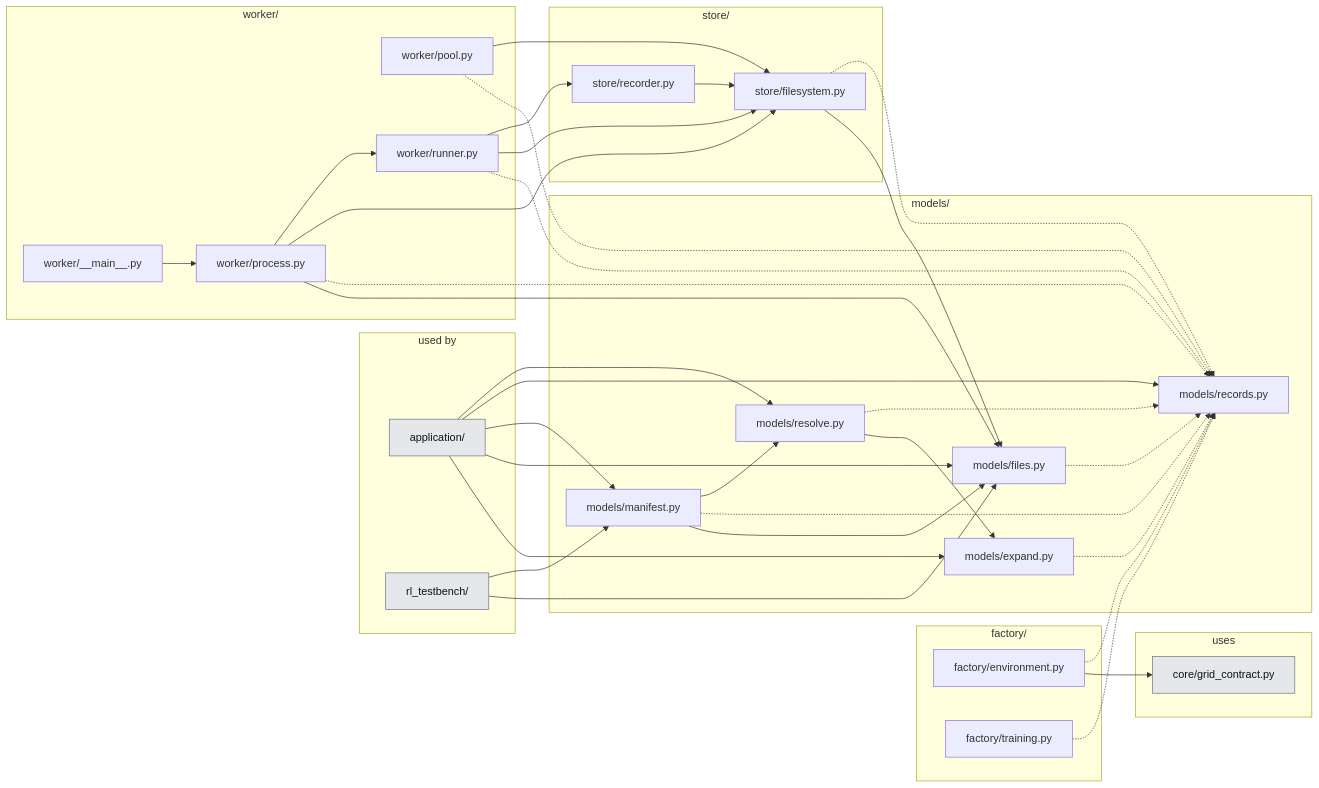
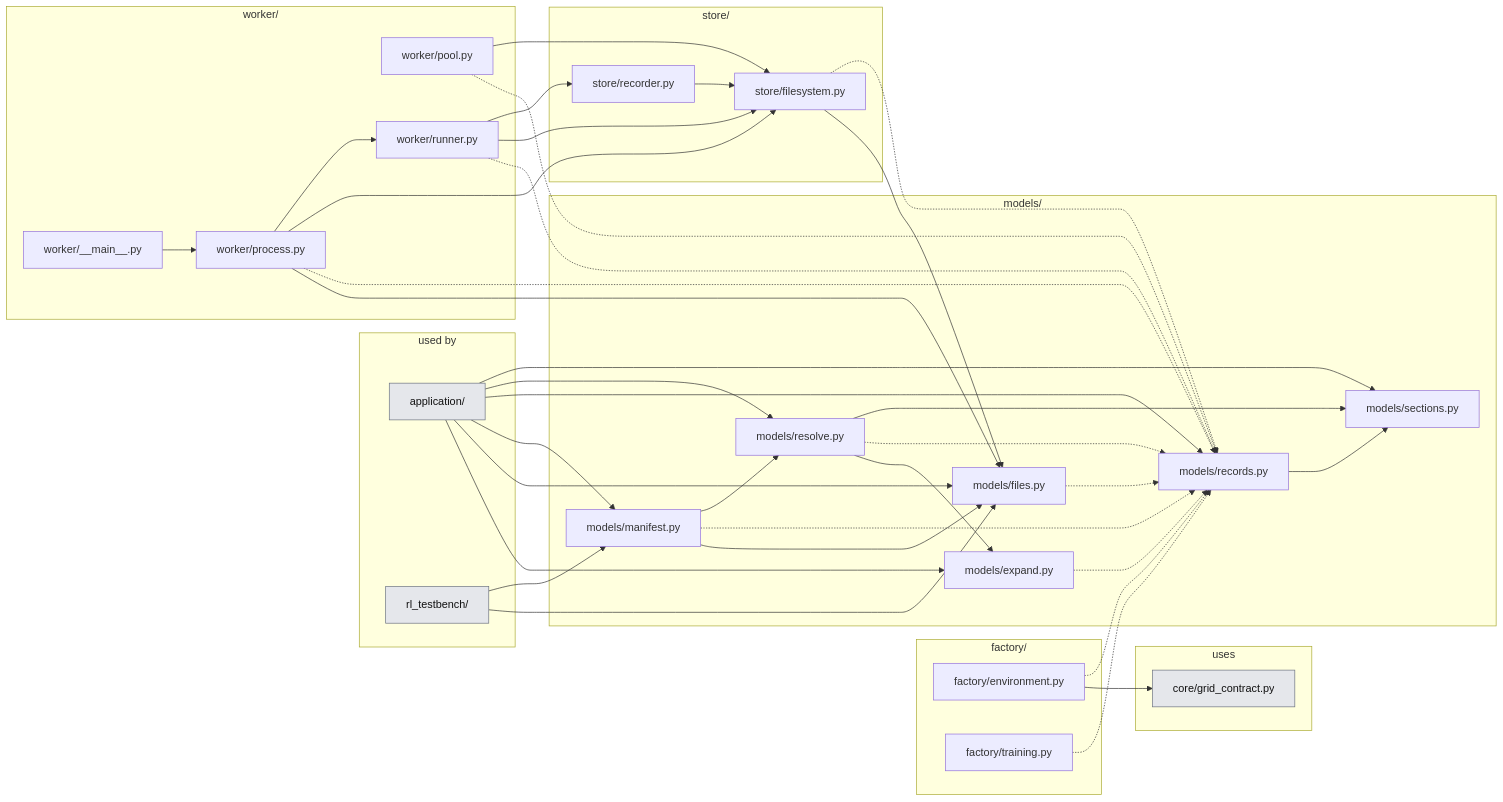
One commit to KevinRapo/P2P-thesis changed the second of 4 diagrams in docs_thesis/thesis/architecture/03-experiment-layer.md. Above: the diagram before and after it, drawn with Mermaid. The commit also changed other lines of this file and 24 other files, not shown here.

````diff
--- a/docs_thesis/thesis/architecture/03-experiment-layer.md
+++ b/docs_thesis/thesis/architecture/03-experiment-layer.md
@@ -45,62 +45,66 @@
 ```mermaid
 flowchart LR
   subgraph USERS["used by"]
     n_application__users_["application/"]:::ext
     n_rl_testbench__users_["rl_testbench/"]:::ext
   end
   subgraph g_factory["factory/"]
     n_experiments_factory_environment["factory/environment.py"]
     n_experiments_factory_training["factory/training.py"]
   end
   subgraph g_models["models/"]
     n_experiments_models_expand["models/expand.py"]
     n_experiments_models_files["models/files.py"]
     n_experiments_models_manifest["models/manifest.py"]
     n_experiments_models_records["models/records.py"]
     n_experiments_models_resolve["models/resolve.py"]
+    n_experiments_models_sections["models/sections.py"]
   end
   subgraph g_store["store/"]
     n_experiments_store_filesystem["store/filesystem.py"]
     n_experiments_store_recorder["store/recorder.py"]
   end
   subgraph g_worker["worker/"]
     n_experiments_worker___main__["worker/__main__.py"]
     n_experiments_worker_pool["worker/pool.py"]
     n_experiments_worker_process["worker/process.py"]
     n_experiments_worker_runner["worker/runner.py"]
   end
   subgraph USES["uses"]
     n_core_grid_contract["core/grid_contract.py"]:::ext
   end
   n_application__users_ --> n_experiments_models_expand
   n_application__users_ --> n_experiments_models_files
   n_application__users_ --> n_experiments_models_manifest
   n_application__users_ --> n_experiments_models_records
   n_application__users_ --> n_experiments_models_resolve
+  n_application__users_ --> n_experiments_models_sections
   n_experiments_factory_environment --> n_core_grid_contract
   n_experiments_factory_environment -.-> n_experiments_models_records
   n_experiments_factory_training -.-> n_experiments_models_records
   n_experiments_models_expand -.-> n_experiments_models_records
   n_experiments_models_files -.-> n_experiments_models_records
   n_experiments_models_manifest --> n_experiments_models_files
   n_experiments_models_manifest -.-> n_experiments_models_records
   n_experiments_models_manifest --> n_experiments_models_resolve
+  n_experiments_models_records --> n_experiments_models_sections
   n_experiments_models_resolve --> n_experiments_models_expand
   n_experiments_models_resolve -.-> n_experiments_models_records
+  n_experiments_models_resolve --> n_experiments_models_sections
   n_experiments_store_filesystem --> n_experiments_models_files
   n_experiments_store_filesystem -.-> n_experiments_models_records
   n_experiments_store_recorder --> n_experiments_store_filesystem
   n_experiments_worker___main__ --> n_experiments_worker_process
   n_experiments_worker_pool -.-> n_experiments_models_records
   n_experiments_worker_pool --> n_experiments_store_filesystem
   n_experiments_worker_process --> n_experiments_models_files
   n_experiments_worker_process -.-> n_experiments_models_records
   n_experiments_worker_process --> n_experiments_store_filesystem
   n_experiments_worker_process --> n_experiments_worker_runner
   n_experiments_worker_runner -.-> n_experiments_models_records
   n_experiments_worker_runner --> n_experiments_store_filesystem
   n_experiments_worker_runner --> n_experiments_store_recorder
   n_rl_testbench__users_ --> n_experiments_models_files
   n_rl_testbench__users_ --> n_experiments_models_manifest
   classDef ext fill:#e5e7eb,stroke:#6b7280,color:#111
 ```
````
